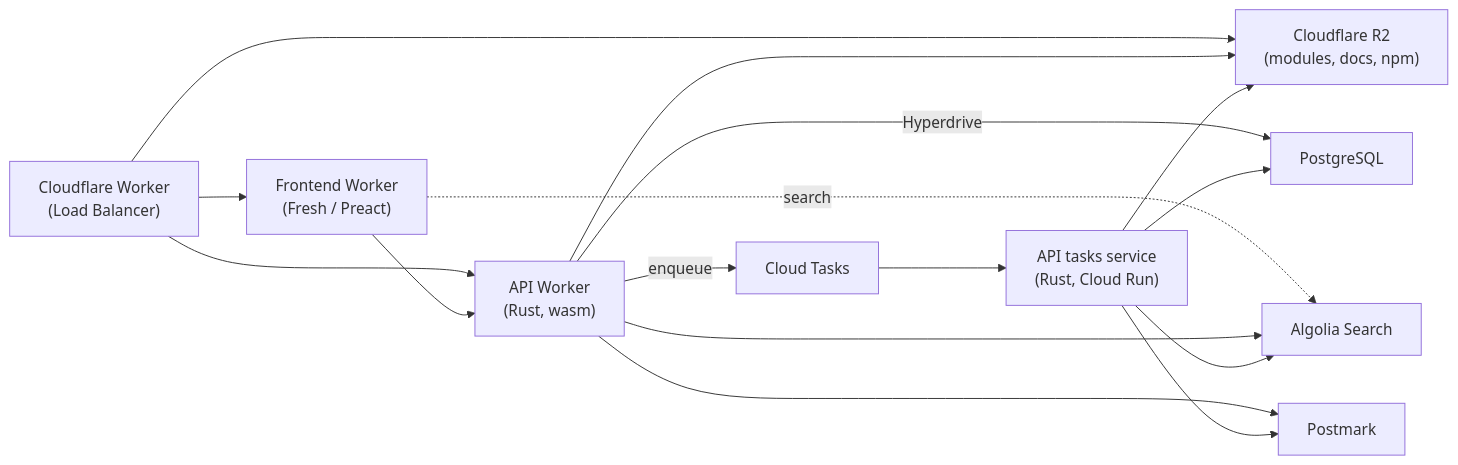
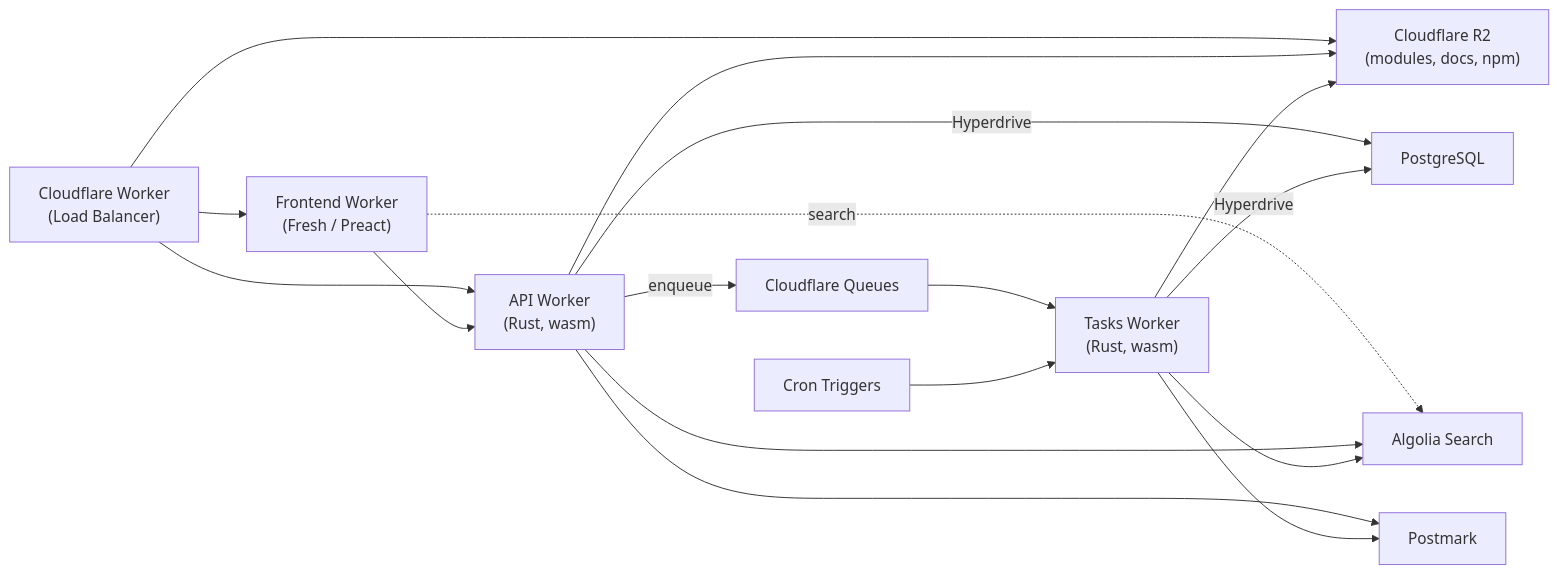
One commit to jsr-io/jsr changed the diagram in architecture.md. Above: the diagram before and after it, drawn with Mermaid. The commit also changed other lines of this file and 34 other files, not shown here.

First line of the commit message:
Run the background tasks and crons on a Cloudflare worker

````diff
--- a/architecture.md
+++ b/architecture.md
@@ -22,23 +22,24 @@
 ```mermaid
 graph LR
     Worker["Cloudflare Worker<br/>(Load Balancer)"]
 
     Worker --> Frontend["Frontend Worker<br/>(Fresh / Preact)"]
     Worker --> API["API Worker<br/>(Rust, wasm)"]
     Worker --> R2["Cloudflare R2<br/>(modules, docs, npm)"]
 
     Frontend --> API
     Frontend -. "search" .-> Algolia["Algolia Search"]
 
     API --> R2
     API -- "Hyperdrive" --> Postgres["PostgreSQL"]
     API --> Algolia
     API --> Postmark["Postmark"]
-    API -- "enqueue" --> CloudTasks["Cloud Tasks"]
-    CloudTasks --> Tasks["API tasks service<br/>(Rust, Cloud Run)"]
+    API -- "enqueue" --> Queues["Cloudflare Queues"]
+    Queues --> Tasks["Tasks Worker<br/>(Rust, wasm)"]
+    Cron["Cron Triggers"] --> Tasks
 
     Tasks --> R2
-    Tasks --> Postgres
+    Tasks -- "Hyperdrive" --> Postgres
     Tasks --> Algolia
     Tasks --> Postmark
 ```
````
